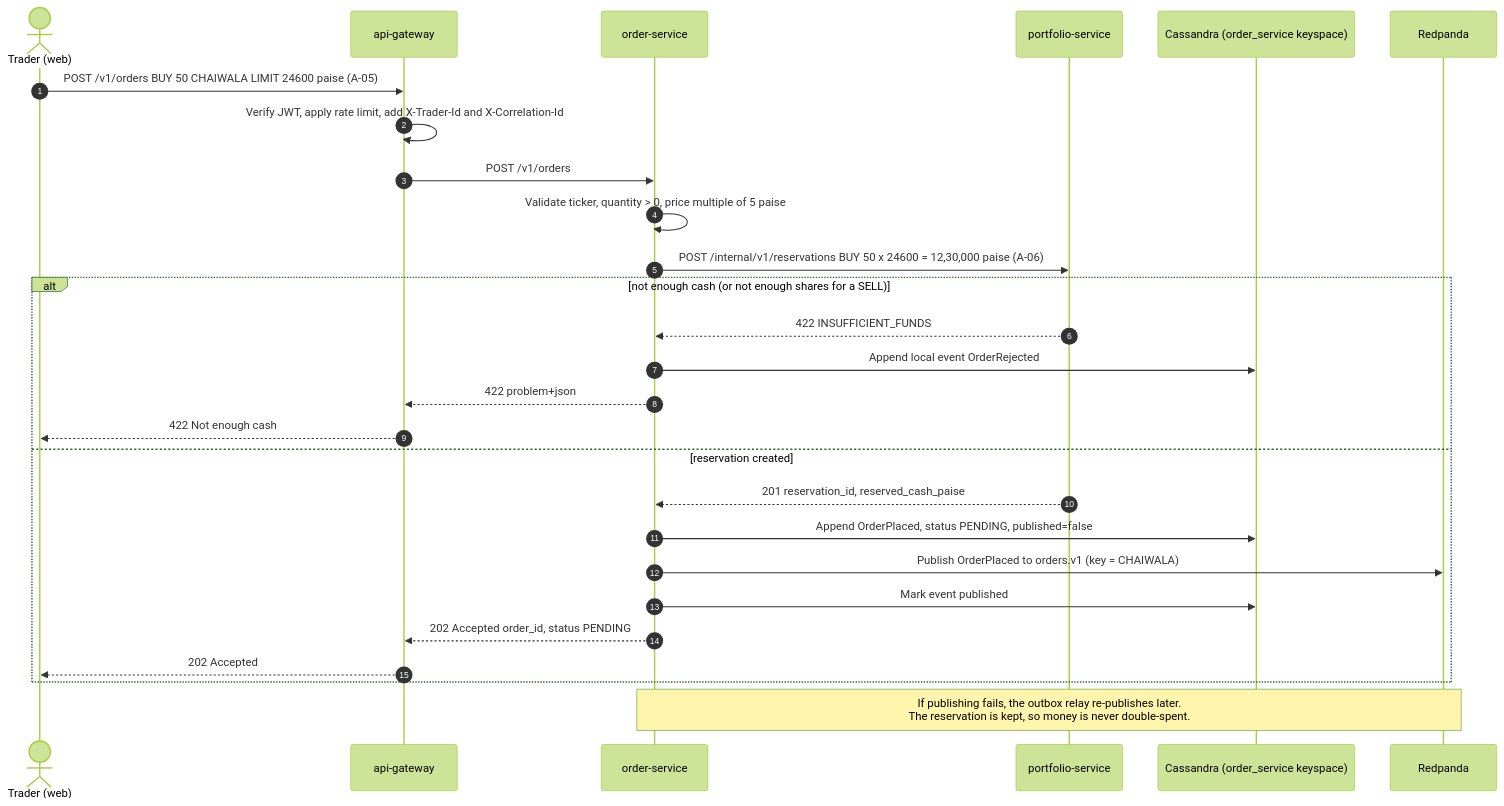
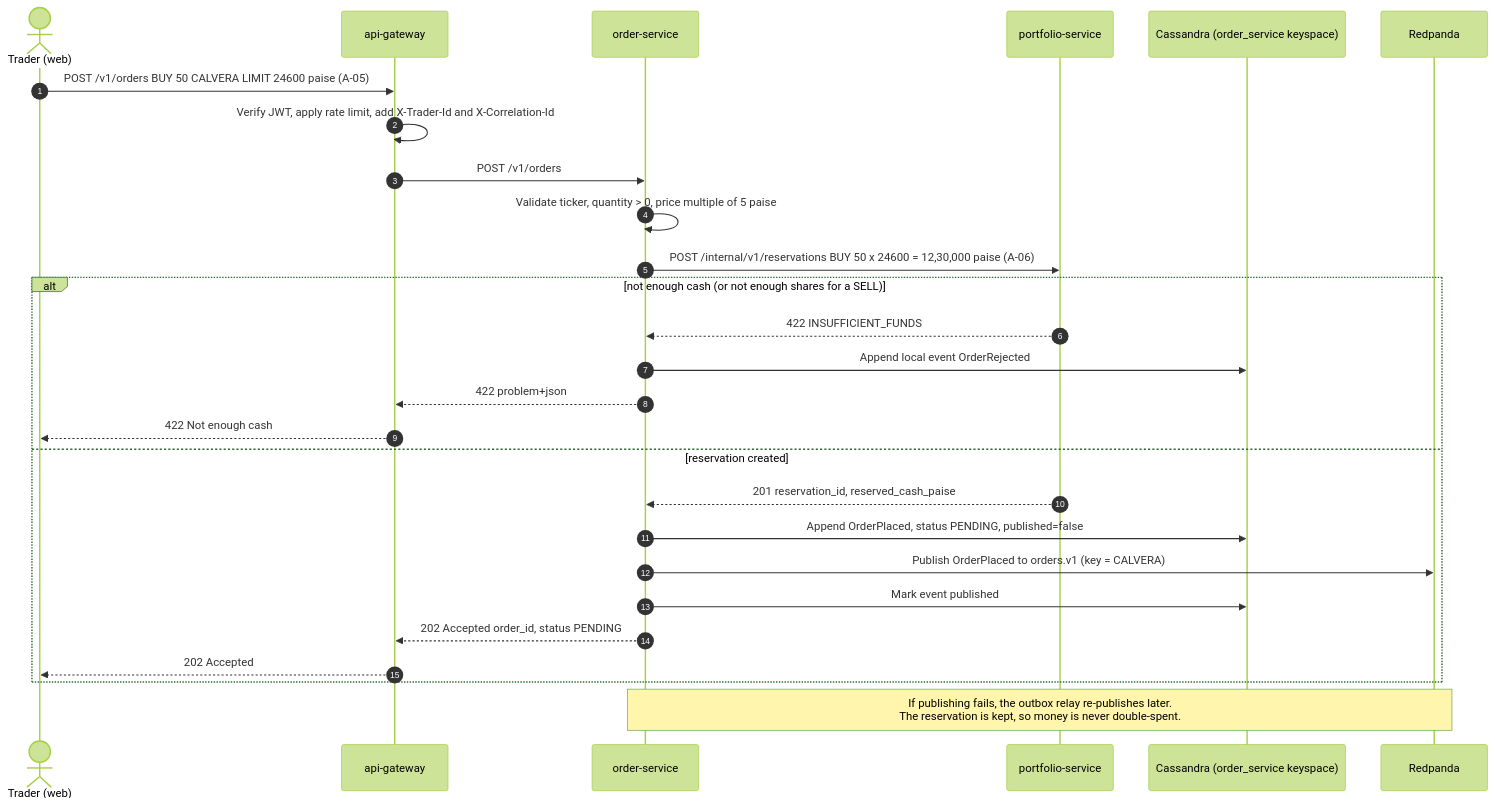
Before and after one commit to Kaizer-1/CircuitBreaker: the second of 7 diagrams in docs/01-seeds/03-sequence-diagrams.md, drawn with Mermaid (forest theme). The commit also changed other lines of this file and 113 other files, not shown here.

````diff
--- a/docs/01-seeds/03-sequence-diagrams.md
+++ b/docs/01-seeds/03-sequence-diagrams.md
@@ -64,30 +64,30 @@
 ```mermaid
 sequenceDiagram
     autonumber
     actor T as Trader (web)
     participant GW as api-gateway
     participant OS as order-service
     participant PS as portfolio-service
     participant OC as Cassandra (order_service keyspace)
     participant RP as Redpanda
 
-    T->>GW: POST /v1/orders  BUY 50 CHAIWALA LIMIT 24600 paise  (A-05)
+    T->>GW: POST /v1/orders  BUY 50 CALVERA LIMIT 24600 paise  (A-05)
     GW->>GW: Verify JWT, apply rate limit, add X-Trader-Id and X-Correlation-Id
     GW->>OS: POST /v1/orders
     OS->>OS: Validate ticker, quantity > 0, price multiple of 5 paise
     OS->>PS: POST /internal/v1/reservations  BUY 50 x 24600 = 12,30,000 paise  (A-06)
     alt not enough cash (or not enough shares for a SELL)
         PS-->>OS: 422 INSUFFICIENT_FUNDS
         OS->>OC: Append local event OrderRejected
         OS-->>GW: 422 problem+json
         GW-->>T: 422 Not enough cash
     else reservation created
         PS-->>OS: 201 reservation_id, reserved_cash_paise
         OS->>OC: Append OrderPlaced, status PENDING, published=false
-        OS->>RP: Publish OrderPlaced to orders.v1 (key = CHAIWALA)
+        OS->>RP: Publish OrderPlaced to orders.v1 (key = CALVERA)
         OS->>OC: Mark event published
         OS-->>GW: 202 Accepted  order_id, status PENDING
         GW-->>T: 202 Accepted
     end
     Note over OS,RP: If publishing fails, the outbox relay re-publishes later.<br/>The reservation is kept, so money is never double-spent.
 ```
````
